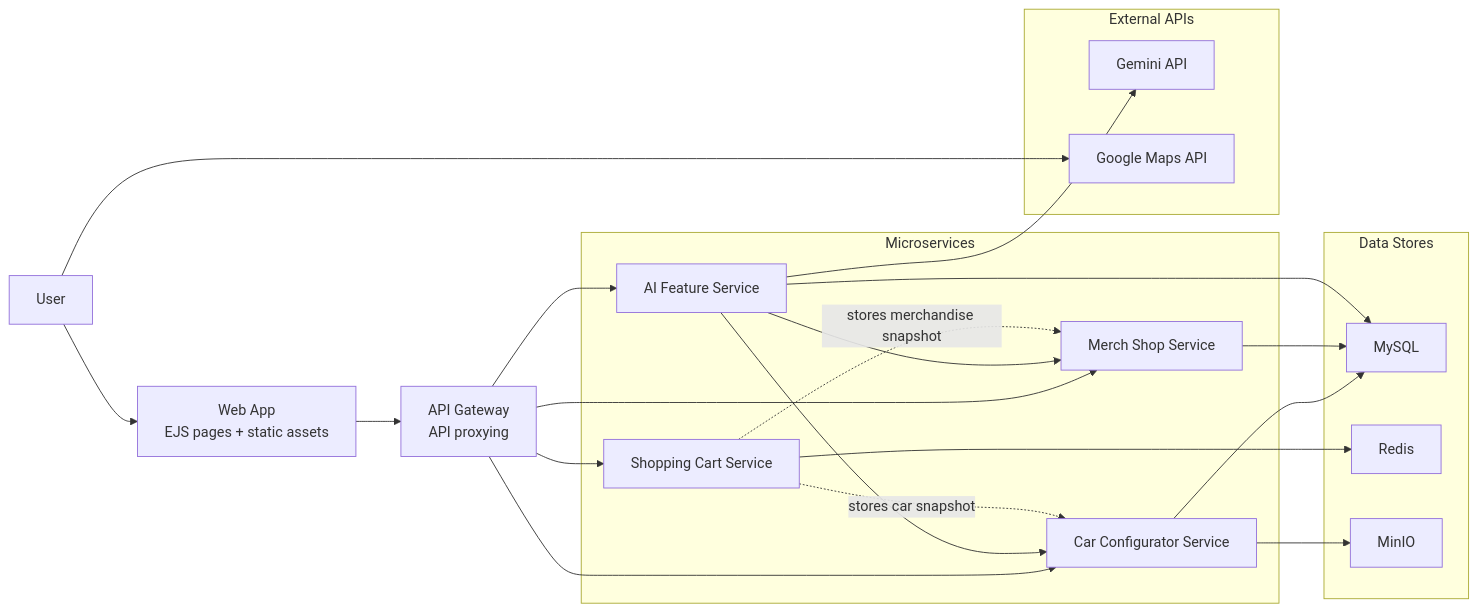
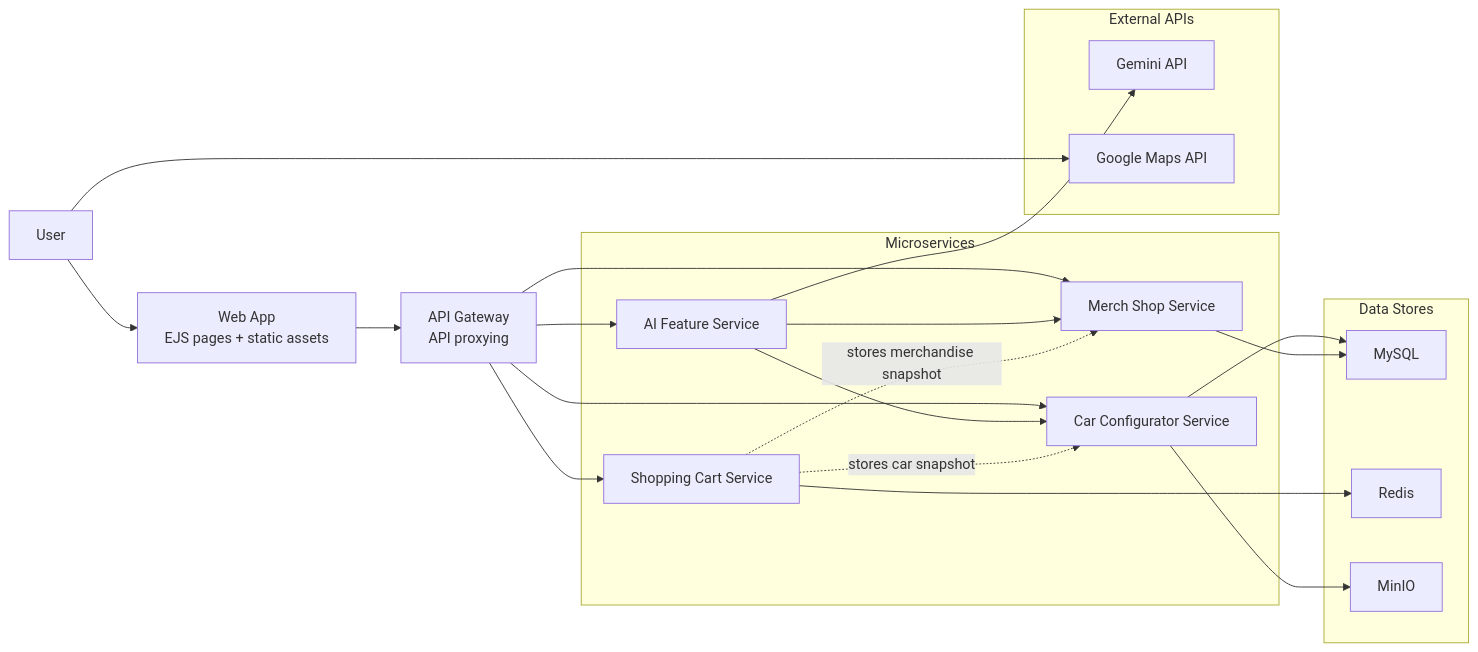
One commit to CloudBasedWebApplication/bmw changed the diagram in docs/diagrams/architecture.mmd. Above: the diagram before and after it, drawn with Mermaid. The commit also changed 4 other files, not shown here.

First line of the commit message:
docs: refresh architecture status

```diff
--- a/docs/diagrams/architecture.mmd
+++ b/docs/diagrams/architecture.mmd
@@ -1,47 +1,46 @@
 flowchart LR
     user["User"]
     webapp["Web App\nEJS pages + static assets"]
     gateway["API Gateway\nAPI proxying"]
 
     subgraph backend["Microservices"]
         configurator["Car Configurator Service"]
         merchandise["Merch Shop Service"]
         ai["AI Feature Service"]
         cart["Shopping Cart Service"]
     end
 
     subgraph data["Data Stores"]
         mysql["MySQL"]
         redis["Redis"]
         minio["MinIO"]
     end
 
     subgraph external["External APIs"]
         gemini["Gemini API"]
         googlemaps["Google Maps API"]
     end
 
     user --> webapp
     webapp --> gateway
 
     gateway --> configurator
     gateway --> merchandise
     gateway --> ai
     gateway --> cart
 
     user --> googlemaps
 
     configurator --> mysql
     configurator --> minio
 
     merchandise --> mysql
 
     ai --> gemini
     ai --> configurator
-    ai --> mysql
     ai --> merchandise
 
     cart --> redis
 
     cart -. "stores car snapshot" .-> configurator
     cart -. "stores merchandise snapshot" .-> merchandise
```
